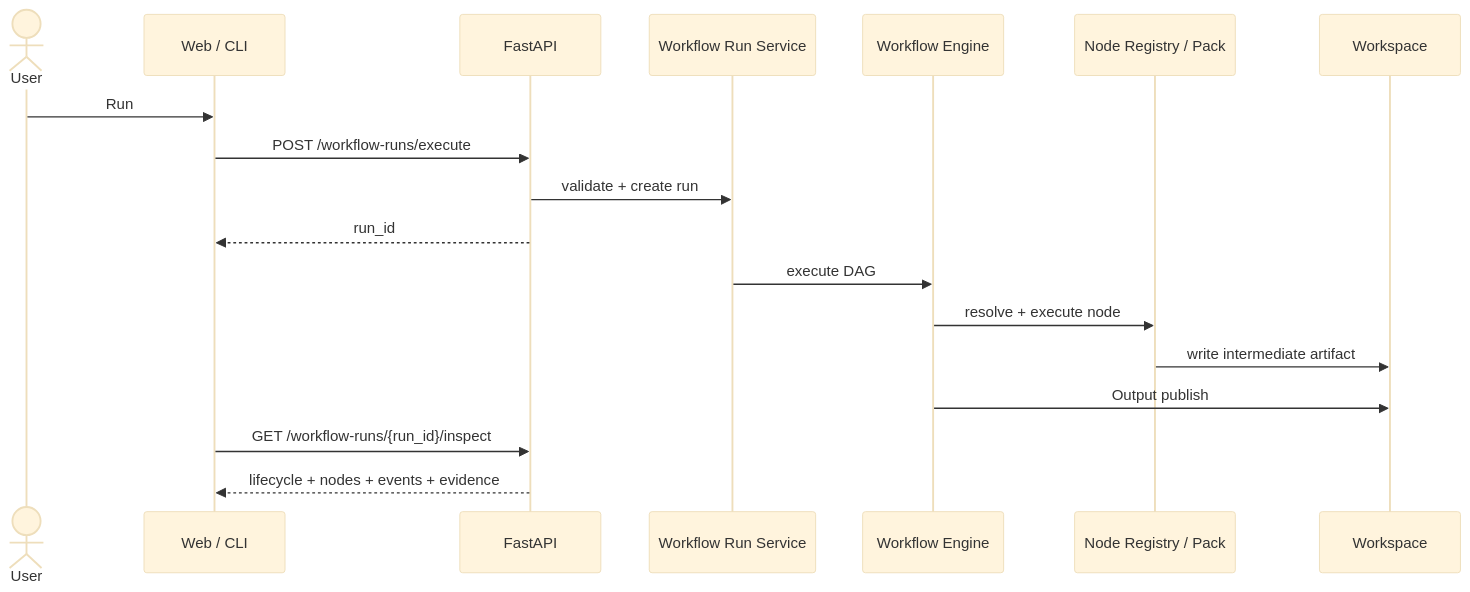
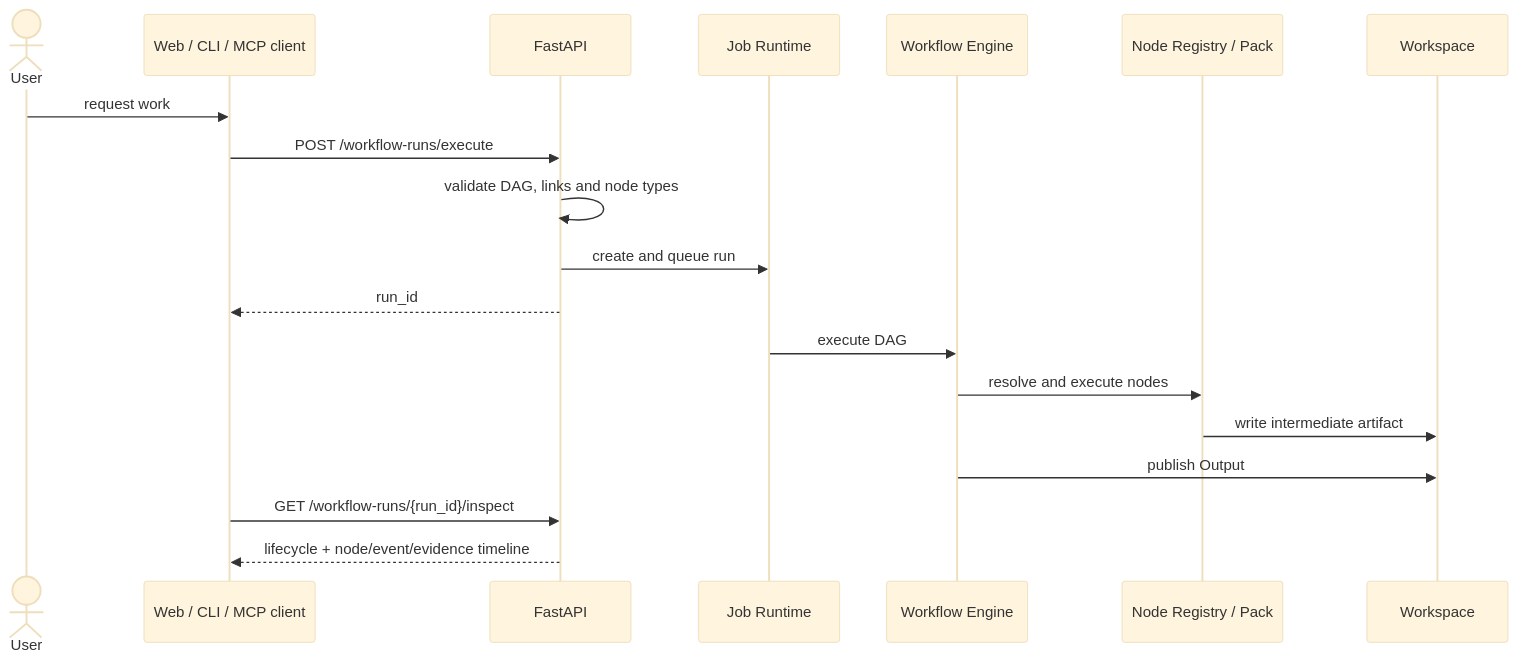
One commit to mousebar01/PolyKit changed the fourth of 6 diagrams in docs/architecture.md. Above: the diagram before and after it, drawn with Mermaid (base theme). The commit also changed other lines of this file, not shown here.

Commit message:
docs: add MCP adapter to architecture boundary

````diff
--- a/docs/architecture.md
+++ b/docs/architecture.md
@@ -144,21 +146,22 @@
 ```mermaid
 sequenceDiagram
     actor User
-    participant Client as Web / CLI
+    participant Client as Web / CLI / MCP client
     participant API as FastAPI
-    participant Run as Workflow Run Service
+    participant Job as Job Runtime
     participant Engine as Workflow Engine
     participant Node as Node Registry / Pack
     participant Workspace as Workspace
 
-    User->>Client: Run
+    User->>Client: request work
     Client->>API: POST /workflow-runs/execute
-    API->>Run: validate + create run
+    API->>API: validate DAG, links and node types
+    API->>Job: create and queue run
     API-->>Client: run_id
-    Run->>Engine: execute DAG
-    Engine->>Node: resolve + execute node
+    Job->>Engine: execute DAG
+    Engine->>Node: resolve and execute nodes
     Node->>Workspace: write intermediate artifact
-    Engine->>Workspace: Output publish
+    Engine->>Workspace: publish Output
     Client->>API: GET /workflow-runs/{run_id}/inspect
-    API-->>Client: lifecycle + nodes + events + evidence
+    API-->>Client: lifecycle + node/event/evidence timeline
 ```
````
